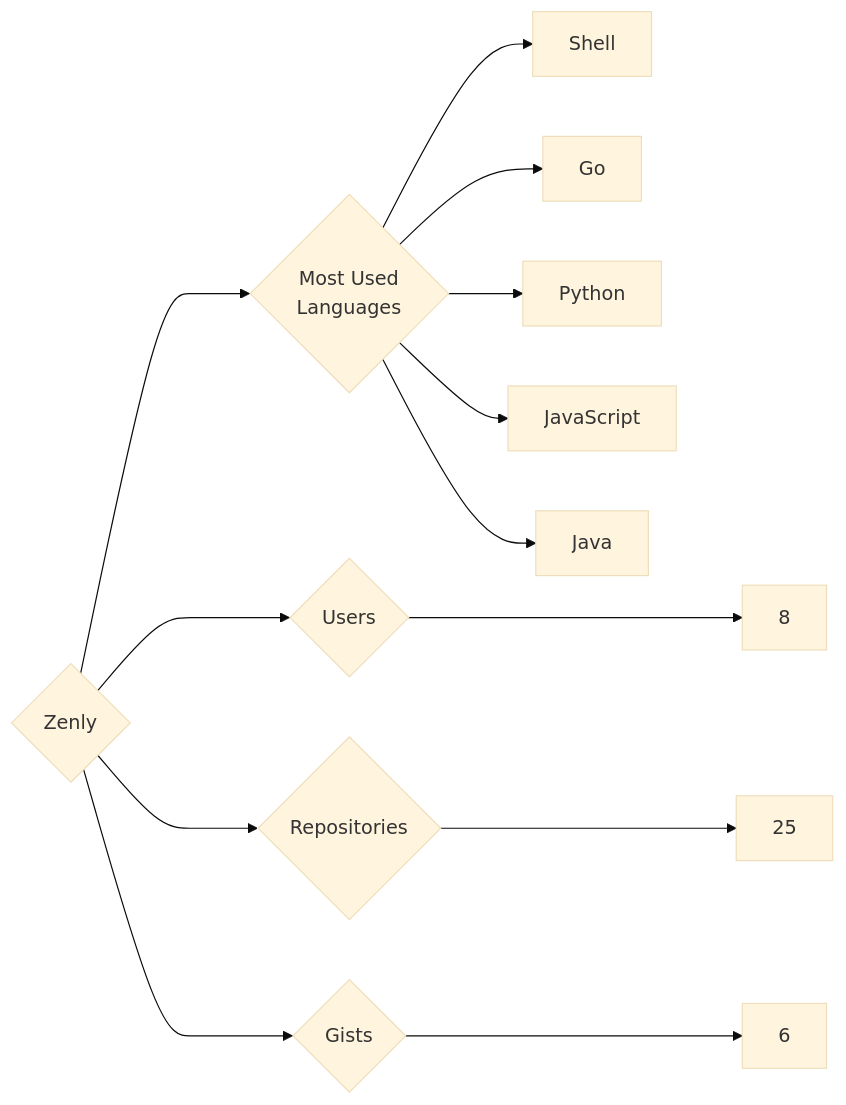
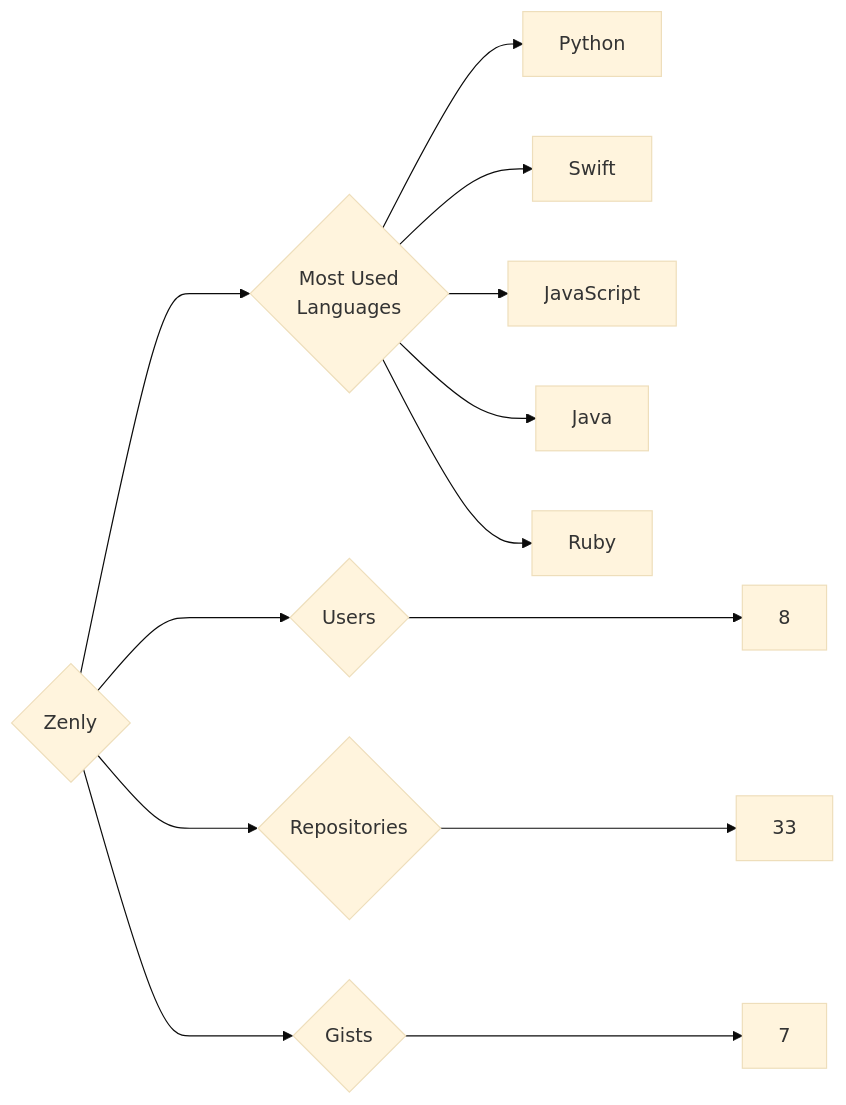
Before and after one commit to trickest/insiders: the diagram in targets/Zenly/README.md, drawn with Mermaid (base theme). The commit also changed 851 other files, not shown here.

````diff
--- a/targets/Zenly/README.md
+++ b/targets/Zenly/README.md
@@ -3,13 +3,13 @@
 ```mermaid
 graph LR
 COMPANY_NAME{Zenly}
 COMPANY_NAME ---> U{Users} ---> UN[8]
-COMPANY_NAME ---> R{Repositories} ---> RN[25]
-COMPANY_NAME ---> G{Gists} ---> GN[6]
+COMPANY_NAME ---> R{Repositories} ---> RN[33]
+COMPANY_NAME ---> G{Gists} ---> GN[7]
 COMPANY_NAME ---> ML{Most Used<br>Languages}
-ML --> Shell[Shell]
-ML --> Go[Go]
 ML --> Python[Python]
+ML --> Swift[Swift]
 ML --> JavaScript[JavaScript]
 ML --> Java[Java]
+ML --> Ruby[Ruby]
 ```
````
